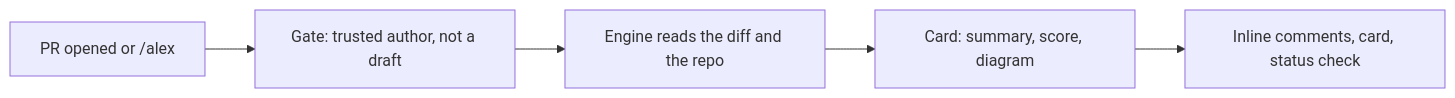
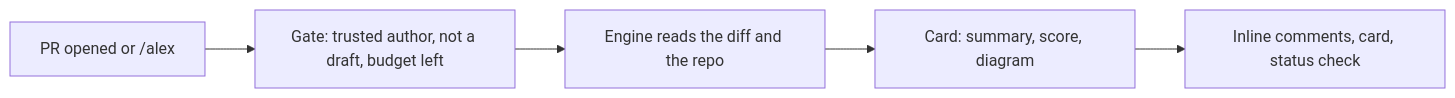
One commit to niihhhall/alex-mvp changed the diagram in README.md. Above: the diagram before and after it, drawn with Mermaid. The commit also changed other lines of this file, not shown here.

````diff
--- a/README.md
+++ b/README.md
@@ -38,7 +88,7 @@
 ```mermaid
 flowchart LR
-  A["PR opened or /alex"] --> B["Gate: trusted author, not a draft"]
+  A["PR opened or /alex"] --> B["Gate: trusted author, not a draft, budget left"]
   B --> C["Engine reads the diff and the repo"]
   C --> D["Card: summary, score, diagram"]
   D --> E["Inline comments, card, status check"]
 ```
````
